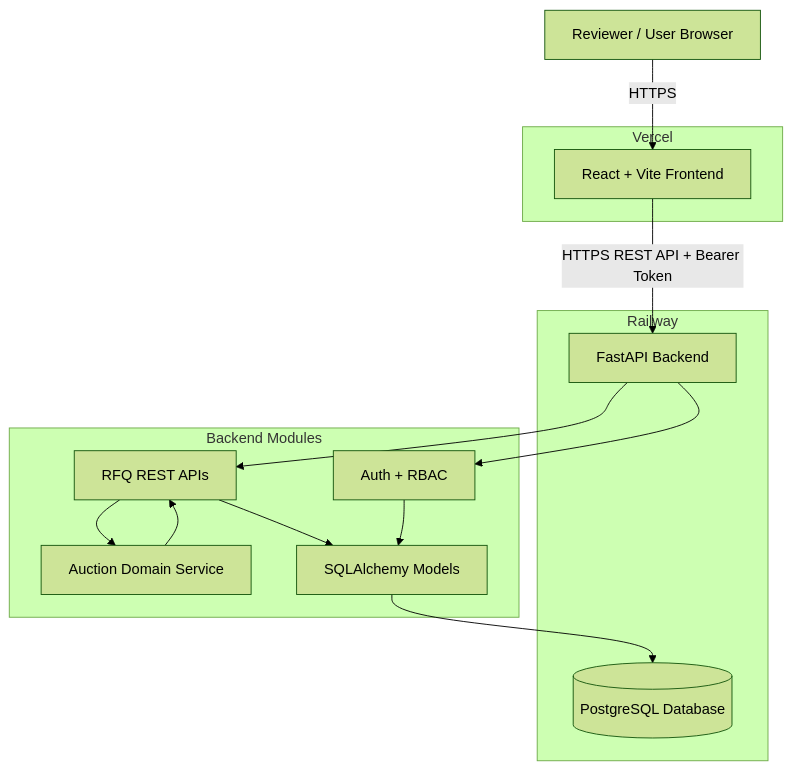
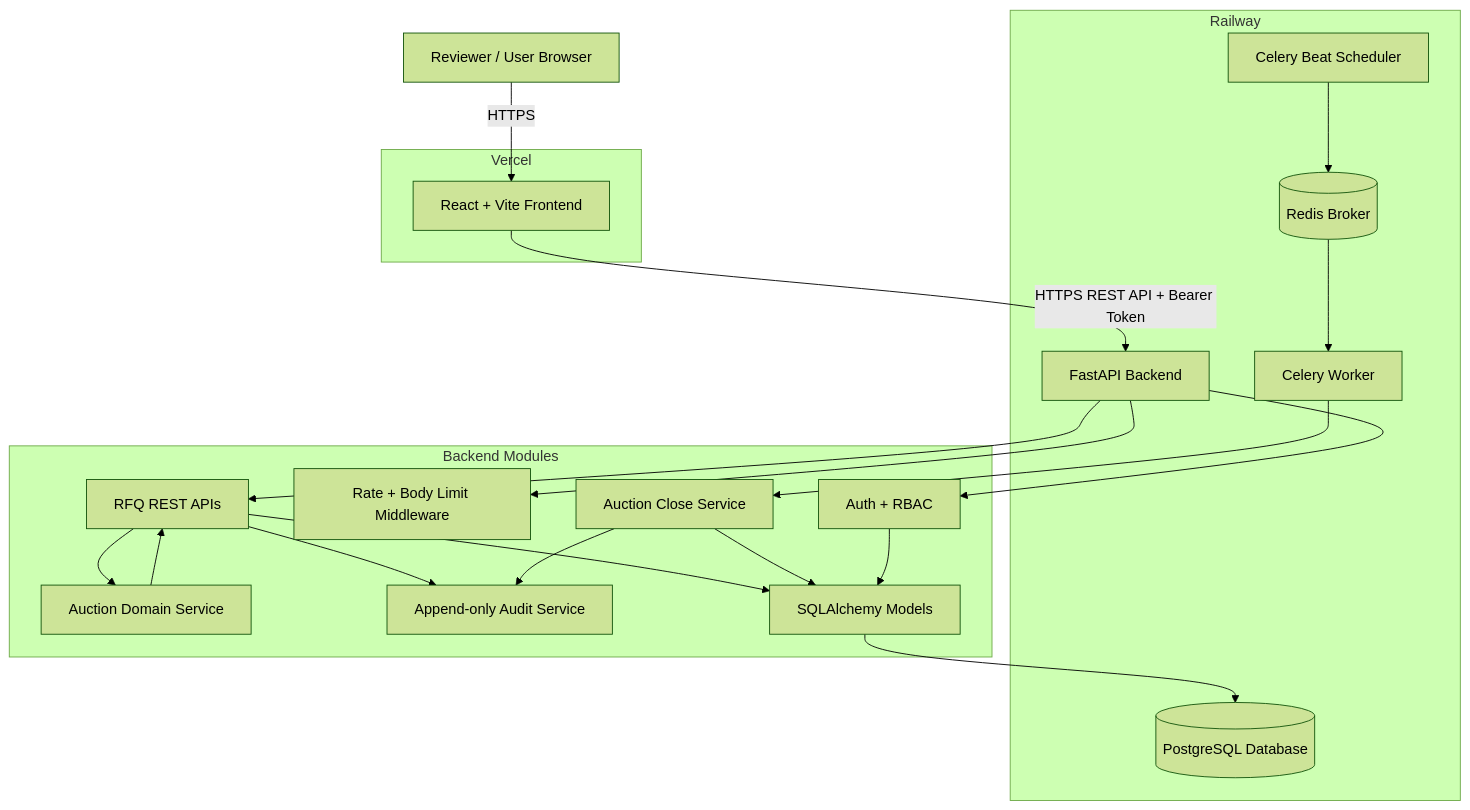
Before and after one commit to Rammanideep-ghantasala/British-Auction-in-RFQ-System: the first of 2 diagrams in docs/architecture-diagram.md, drawn with Mermaid (forest theme). The commit also changed other lines of this file and 20 other files, not shown here.

````diff
--- a/docs/architecture-diagram.md
+++ b/docs/architecture-diagram.md
@@ -3,32 +3,45 @@
 ```mermaid
 flowchart TB
     Recruiter[Reviewer / User Browser]
 
     subgraph Vercel["Vercel"]
         React[React + Vite Frontend]
     end
 
     subgraph Railway["Railway"]
         API[FastAPI Backend]
+        Worker[Celery Worker]
+        Beat[Celery Beat Scheduler]
         Postgres[(PostgreSQL Database)]
+        Redis[(Redis Broker)]
     end
 
     subgraph BackendModules["Backend Modules"]
         Auth[Auth + RBAC]
+        Controls[Rate + Body Limit Middleware]
         RFQAPI[RFQ REST APIs]
         AuctionService[Auction Domain Service]
+        AuditService[Append-only Audit Service]
+        CloseService[Auction Close Service]
         Models[SQLAlchemy Models]
     end
 
     Recruiter -->|HTTPS| React
     React -->|HTTPS REST API + Bearer Token| API
 
+    API --> Controls
     API --> Auth
     API --> RFQAPI
     RFQAPI --> AuctionService
+    RFQAPI --> AuditService
     RFQAPI --> Models
     Models --> Postgres
 
+    Beat --> Redis
+    Redis --> Worker
+    Worker --> CloseService
+    CloseService --> AuditService
+    CloseService --> Models
     Auth --> Models
     AuctionService --> RFQAPI
 ```
````
